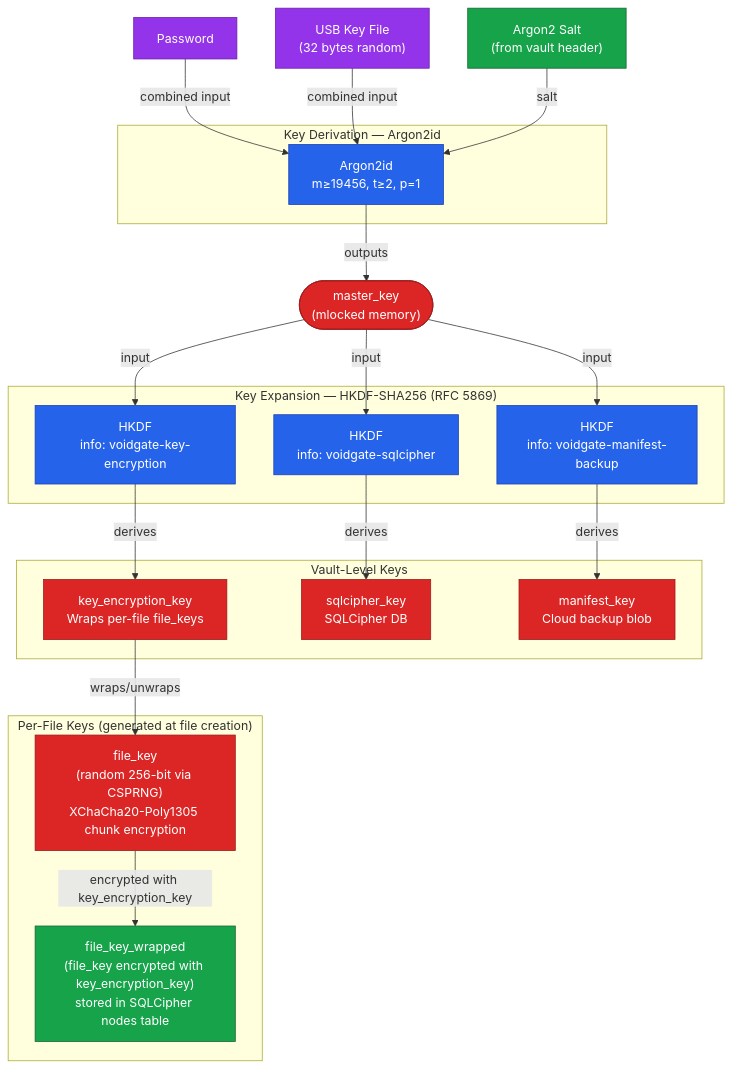
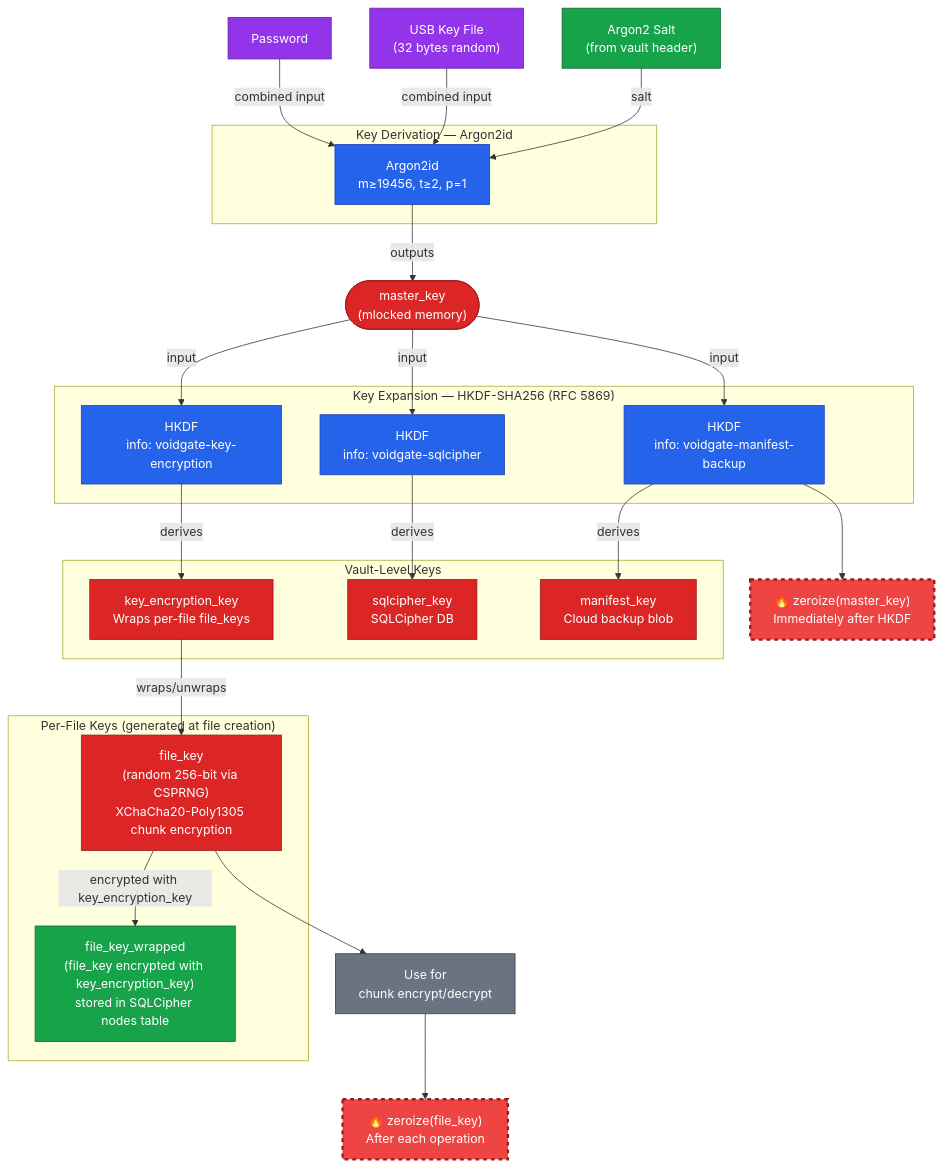
Before and after one commit to salgaard/arx-runa: the diagram in docs/architecture/designs/cryptographic-primitives/diagrams/key-derivation-tree.md, drawn with Mermaid. The commit also changed other lines of this file and 28 other files, not shown here.

````diff
--- a/docs/architecture/designs/cryptographic-primitives/diagrams/key-derivation-tree.md
+++ b/docs/architecture/designs/cryptographic-primitives/diagrams/key-derivation-tree.md
@@ -6,51 +6,58 @@
 ```mermaid
 flowchart TD
     PW["Password"]:::user
-    KF["USB Key File\n(32 bytes random)"]:::user
-    SALT["Argon2 Salt\n(from vault header)"]:::storage
+    KF["USB Key File<br/>(32 bytes random)"]:::user
+    SALT["Argon2 Salt<br/>(from vault header)"]:::storage
 
     subgraph KDF ["Key Derivation — Argon2id"]
-        ARGON["Argon2id\nm≥19456, t≥2, p=1"]:::crypto
+        ARGON["Argon2id<br/>m≥19456, t≥2, p=1"]:::crypto
     end
 
-    MK_NODE(["master_key\n(mlocked memory)"]):::secret
+    MK_NODE(["master_key<br/>(mlocked memory)"]):::secret
 
     subgraph HKDF_LAYER ["Key Expansion — HKDF-SHA256 (RFC 5869)"]
-        HKDF1["HKDF\ninfo: voidgate-key-encryption"]:::crypto
-        HKDF2["HKDF\ninfo: voidgate-sqlcipher"]:::crypto
-        HKDF3["HKDF\ninfo: voidgate-manifest-backup"]:::crypto
+        HKDF1["HKDF<br/>info: voidgate-key-encryption"]:::crypto
+        HKDF2["HKDF<br/>info: voidgate-sqlcipher"]:::crypto
+        HKDF3["HKDF<br/>info: voidgate-manifest-backup"]:::crypto
     end
 
     subgraph VAULT_KEYS ["Vault-Level Keys"]
-        KEK["key_encryption_key\nWraps per-file file_keys"]:::secret
-        SK["sqlcipher_key\nSQLCipher DB"]:::secret
-        MK["manifest_key\nCloud backup blob"]:::secret
+        KEK["key_encryption_key<br/>Wraps per-file file_keys"]:::secret
+        SK["sqlcipher_key<br/>SQLCipher DB"]:::secret
+        MK["manifest_key<br/>Cloud backup blob"]:::secret
     end
 
     subgraph PER_FILE ["Per-File Keys (generated at file creation)"]
-        FK["file_key\n(random 256-bit via CSPRNG)\nXChaCha20-Poly1305 chunk encryption"]:::secret
-        FKW["file_key_wrapped\n(file_key encrypted with key_encryption_key)\nstored in SQLCipher nodes table"]:::storage
+        FK["file_key<br/>(random 256-bit via CSPRNG)<br/>XChaCha20-Poly1305 chunk encryption"]:::secret
+        FKW["file_key_wrapped<br/>(file_key encrypted with key_encryption_key)<br/>stored in SQLCipher nodes table"]:::storage
     end
 
     PW -->|"combined input"| ARGON
     KF -->|"combined input"| ARGON
     SALT -->|"salt"| ARGON
 
     ARGON -->|"outputs"| MK_NODE
 
     MK_NODE -->|"input"| HKDF1
     MK_NODE -->|"input"| HKDF2
     MK_NODE -->|"input"| HKDF3
 
     HKDF1 -->|"derives"| KEK
     HKDF2 -->|"derives"| SK
     HKDF3 -->|"derives"| MK
 
+    HKDF3 --> ZEROIZE_MK["🔥 zeroize(master_key)<br/>Immediately after HKDF"]:::zeroize
+
     KEK -->|"wraps/unwraps"| FK
     FK -->|"encrypted with key_encryption_key"| FKW
+
+    FK --> USE_FK["Use for<br/>chunk encrypt/decrypt"]:::proc
+    USE_FK --> ZEROIZE_FK["🔥 zeroize(file_key)<br/>After each operation"]:::zeroize
 
     classDef secret fill:#dc2626,stroke:#991b1b,color:#fff
     classDef crypto fill:#2563eb,stroke:#1e40af,color:#fff
     classDef storage fill:#16a34a,stroke:#166534,color:#fff
     classDef user fill:#9333ea,stroke:#6b21a8,color:#fff
+    classDef zeroize fill:#ef4444,stroke:#991b1b,color:#fff,stroke-width:3px,stroke-dasharray:5 5
+    classDef proc fill:#6b7280,stroke:#374151,color:#fff
 ```
````
